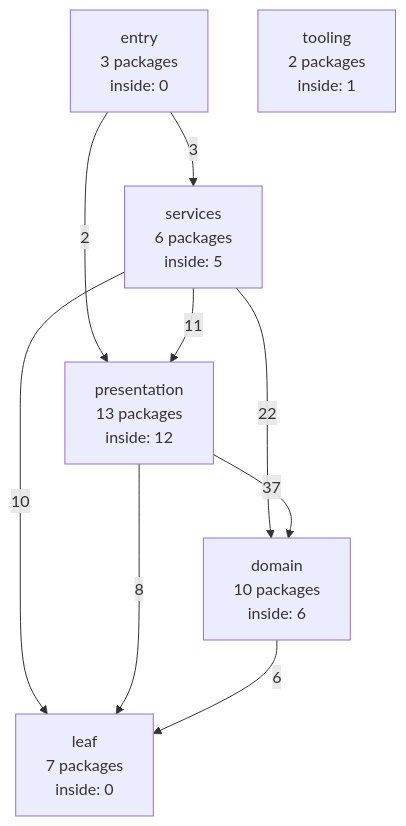
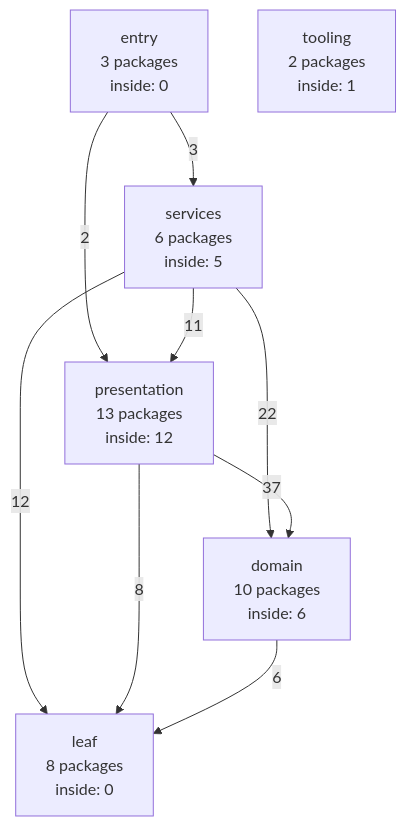
The diagram in docs/internals/generated/package-graph.md (ladydascalie/dm), drawn with Mermaid before and after one commit. The commit also changed other lines of this file and 13 other files, not shown here.

````diff
--- a/docs/internals/generated/package-graph.md
+++ b/docs/internals/generated/package-graph.md
@@ -58,17 +58,17 @@
 ```mermaid
 flowchart TD
   entry["entry<br/>3 packages<br/>inside: 0"]
   services["services<br/>6 packages<br/>inside: 5"]
   presentation["presentation<br/>13 packages<br/>inside: 12"]
   domain["domain<br/>10 packages<br/>inside: 6"]
-  leaf["leaf<br/>7 packages<br/>inside: 0"]
+  leaf["leaf<br/>8 packages<br/>inside: 0"]
   tooling["tooling<br/>2 packages<br/>inside: 1"]
   entry -->|3| services
   entry -->|2| presentation
   services -->|11| presentation
   services -->|22| domain
-  services -->|10| leaf
+  services -->|12| leaf
   presentation -->|37| domain
   presentation -->|8| leaf
   domain -->|6| leaf
 ```
````
